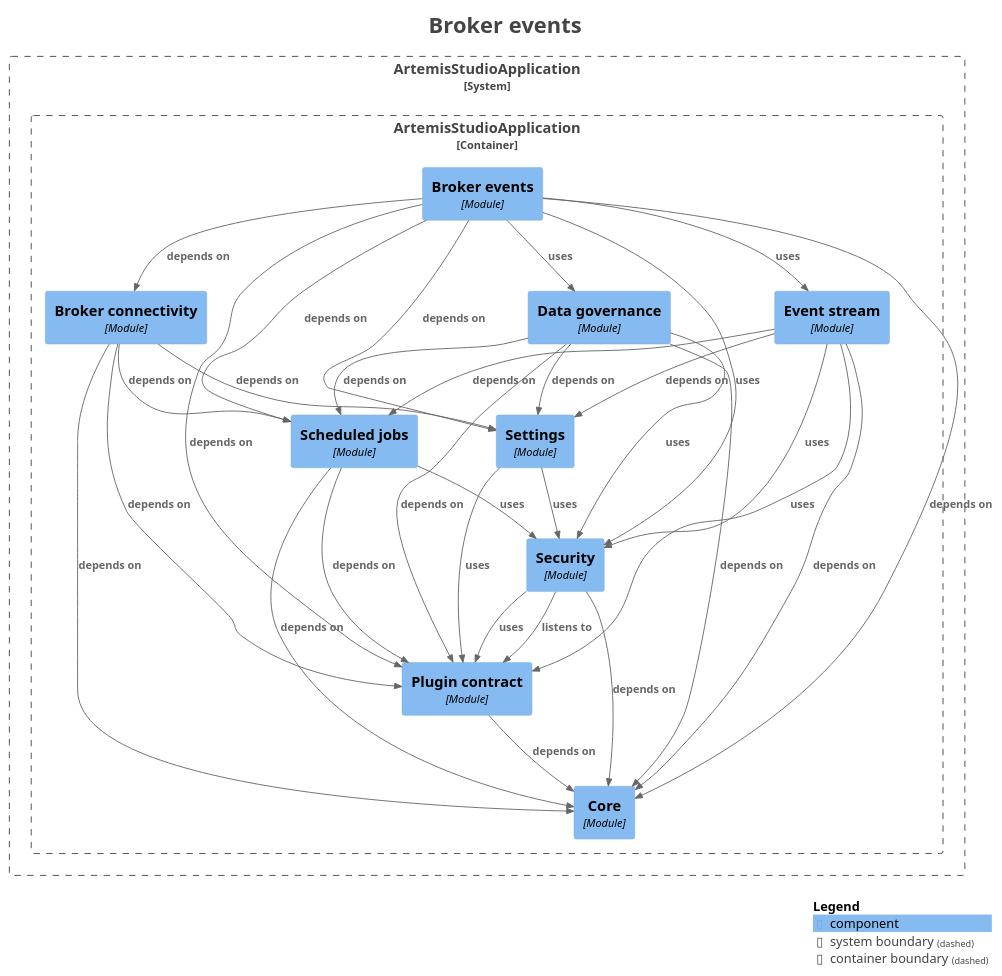
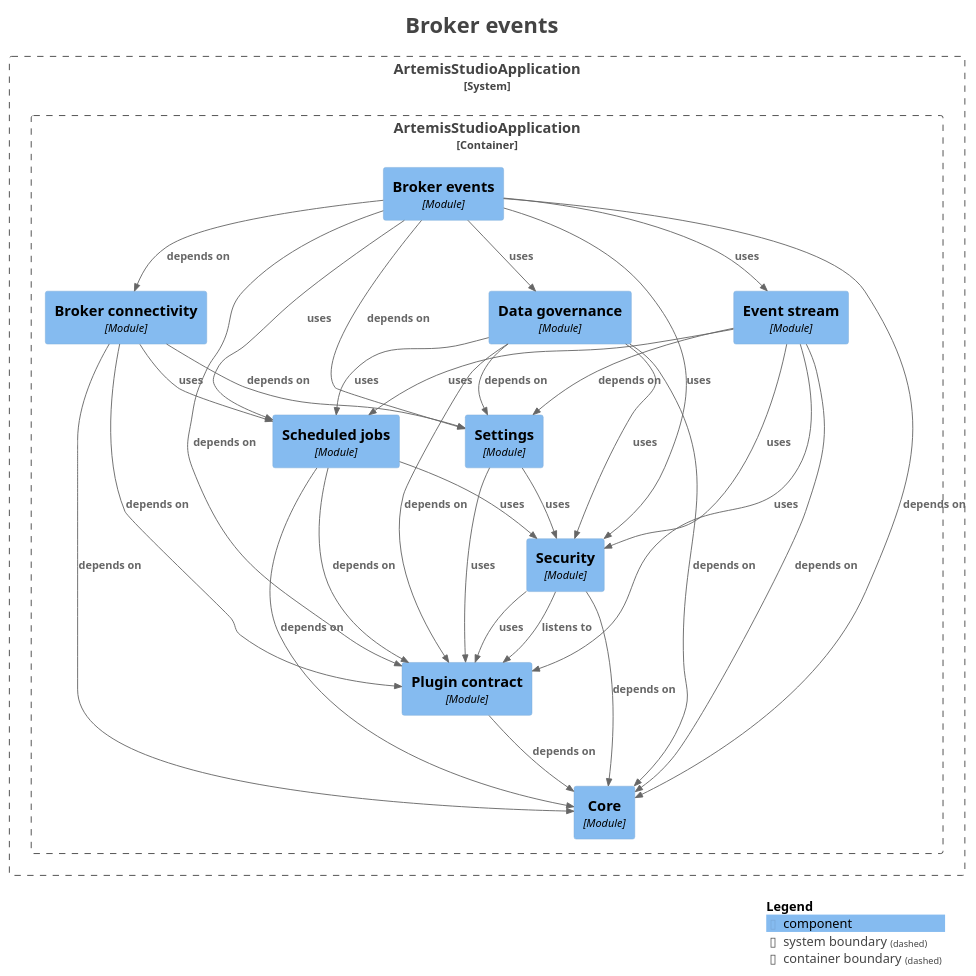
The diagram in docs/modules/module-feature.events.puml (sudoitir/artemis-studio), drawn with PlantUML before and after one commit. The commit also changed 59 other files, not shown here.

```diff
--- a/docs/modules/module-feature.events.puml
+++ b/docs/modules/module-feature.events.puml
@@ -1,67 +1,67 @@
 @startuml
 title <size:24>Broker events</size>
 
 set separator none
 top to bottom direction
 
 <style>
   root {
     BackgroundColor: #ffffff
     FontColor: #444444
   }
 </style>
 
 !include <C4/C4>
 !include <C4/C4_Context>
 !include <C4/C4_Component>
 
 System_Boundary("ArtemisStudioApplication_boundary", "ArtemisStudioApplication", $tags="") {
   Container_Boundary("ArtemisStudioApplication.ArtemisStudioApplication_boundary", "ArtemisStudioApplication", $tags="") {
     Component(ArtemisStudioApplication.ArtemisStudioApplication.Settings, "Settings", $techn="Module", $descr="", $tags="", $link="")
     Component(ArtemisStudioApplication.ArtemisStudioApplication.Eventstream, "Event stream", $techn="Module", $descr="", $tags="", $link="")
     Component(ArtemisStudioApplication.ArtemisStudioApplication.Brokerconnectivity, "Broker connectivity", $techn="Module", $descr="", $tags="", $link="")
     Component(ArtemisStudioApplication.ArtemisStudioApplication.Datagovernance, "Data governance", $techn="Module", $descr="", $tags="", $link="")
     Component(ArtemisStudioApplication.ArtemisStudioApplication.Brokerevents, "Broker events", $techn="Module", $descr="", $tags="", $link="")
     Component(ArtemisStudioApplication.ArtemisStudioApplication.Core, "Core", $techn="Module", $descr="", $tags="", $link="")
     Component(ArtemisStudioApplication.ArtemisStudioApplication.Plugincontract, "Plugin contract", $techn="Module", $descr="", $tags="", $link="")
     Component(ArtemisStudioApplication.ArtemisStudioApplication.Security, "Security", $techn="Module", $descr="", $tags="", $link="")
     Component(ArtemisStudioApplication.ArtemisStudioApplication.Scheduledjobs, "Scheduled jobs", $techn="Module", $descr="", $tags="", $link="")
   }
 
 }
 
 Rel(ArtemisStudioApplication.ArtemisStudioApplication.Brokerconnectivity, ArtemisStudioApplication.ArtemisStudioApplication.Core, "depends on", $techn="", $tags="", $link="")
 Rel(ArtemisStudioApplication.ArtemisStudioApplication.Brokerconnectivity, ArtemisStudioApplication.ArtemisStudioApplication.Plugincontract, "depends on", $techn="", $tags="", $link="")
-Rel(ArtemisStudioApplication.ArtemisStudioApplication.Brokerconnectivity, ArtemisStudioApplication.ArtemisStudioApplication.Scheduledjobs, "depends on", $techn="", $tags="", $link="")
+Rel(ArtemisStudioApplication.ArtemisStudioApplication.Brokerconnectivity, ArtemisStudioApplication.ArtemisStudioApplication.Scheduledjobs, "uses", $techn="", $tags="", $link="")
 Rel(ArtemisStudioApplication.ArtemisStudioApplication.Brokerconnectivity, ArtemisStudioApplication.ArtemisStudioApplication.Settings, "depends on", $techn="", $tags="", $link="")
 Rel(ArtemisStudioApplication.ArtemisStudioApplication.Brokerevents, ArtemisStudioApplication.ArtemisStudioApplication.Brokerconnectivity, "depends on", $techn="", $tags="", $link="")
 Rel(ArtemisStudioApplication.ArtemisStudioApplication.Brokerevents, ArtemisStudioApplication.ArtemisStudioApplication.Core, "depends on", $techn="", $tags="", $link="")
 Rel(ArtemisStudioApplication.ArtemisStudioApplication.Brokerevents, ArtemisStudioApplication.ArtemisStudioApplication.Datagovernance, "uses", $techn="", $tags="", $link="")
 Rel(ArtemisStudioApplication.ArtemisStudioApplication.Brokerevents, ArtemisStudioApplication.ArtemisStudioApplication.Eventstream, "uses", $techn="", $tags="", $link="")
 Rel(ArtemisStudioApplication.ArtemisStudioApplication.Brokerevents, ArtemisStudioApplication.ArtemisStudioApplication.Plugincontract, "depends on", $techn="", $tags="", $link="")
-Rel(ArtemisStudioApplication.ArtemisStudioApplication.Brokerevents, ArtemisStudioApplication.ArtemisStudioApplication.Scheduledjobs, "depends on", $techn="", $tags="", $link="")
+Rel(ArtemisStudioApplication.ArtemisStudioApplication.Brokerevents, ArtemisStudioApplication.ArtemisStudioApplication.Scheduledjobs, "uses", $techn="", $tags="", $link="")
 Rel(ArtemisStudioApplication.ArtemisStudioApplication.Brokerevents, ArtemisStudioApplication.ArtemisStudioApplication.Security, "uses", $techn="", $tags="", $link="")
 Rel(ArtemisStudioApplication.ArtemisStudioApplication.Brokerevents, ArtemisStudioApplication.ArtemisStudioApplication.Settings, "depends on", $techn="", $tags="", $link="")
 Rel(ArtemisStudioApplication.ArtemisStudioApplication.Datagovernance, ArtemisStudioApplication.ArtemisStudioApplication.Core, "depends on", $techn="", $tags="", $link="")
 Rel(ArtemisStudioApplication.ArtemisStudioApplication.Datagovernance, ArtemisStudioApplication.ArtemisStudioApplication.Plugincontract, "depends on", $techn="", $tags="", $link="")
-Rel(ArtemisStudioApplication.ArtemisStudioApplication.Datagovernance, ArtemisStudioApplication.ArtemisStudioApplication.Scheduledjobs, "depends on", $techn="", $tags="", $link="")
+Rel(ArtemisStudioApplication.ArtemisStudioApplication.Datagovernance, ArtemisStudioApplication.ArtemisStudioApplication.Scheduledjobs, "uses", $techn="", $tags="", $link="")
 Rel(ArtemisStudioApplication.ArtemisStudioApplication.Datagovernance, ArtemisStudioApplication.ArtemisStudioApplication.Security, "uses", $techn="", $tags="", $link="")
 Rel(ArtemisStudioApplication.ArtemisStudioApplication.Datagovernance, ArtemisStudioApplication.ArtemisStudioApplication.Settings, "depends on", $techn="", $tags="", $link="")
 Rel(ArtemisStudioApplication.ArtemisStudioApplication.Eventstream, ArtemisStudioApplication.ArtemisStudioApplication.Core, "depends on", $techn="", $tags="", $link="")
 Rel(ArtemisStudioApplication.ArtemisStudioApplication.Eventstream, ArtemisStudioApplication.ArtemisStudioApplication.Plugincontract, "uses", $techn="", $tags="", $link="")
-Rel(ArtemisStudioApplication.ArtemisStudioApplication.Eventstream, ArtemisStudioApplication.ArtemisStudioApplication.Scheduledjobs, "depends on", $techn="", $tags="", $link="")
+Rel(ArtemisStudioApplication.ArtemisStudioApplication.Eventstream, ArtemisStudioApplication.ArtemisStudioApplication.Scheduledjobs, "uses", $techn="", $tags="", $link="")
 Rel(ArtemisStudioApplication.ArtemisStudioApplication.Eventstream, ArtemisStudioApplication.ArtemisStudioApplication.Security, "uses", $techn="", $tags="", $link="")
 Rel(ArtemisStudioApplication.ArtemisStudioApplication.Eventstream, ArtemisStudioApplication.ArtemisStudioApplication.Settings, "depends on", $techn="", $tags="", $link="")
 Rel(ArtemisStudioApplication.ArtemisStudioApplication.Plugincontract, ArtemisStudioApplication.ArtemisStudioApplication.Core, "depends on", $techn="", $tags="", $link="")
 Rel(ArtemisStudioApplication.ArtemisStudioApplication.Scheduledjobs, ArtemisStudioApplication.ArtemisStudioApplication.Core, "depends on", $techn="", $tags="", $link="")
 Rel(ArtemisStudioApplication.ArtemisStudioApplication.Scheduledjobs, ArtemisStudioApplication.ArtemisStudioApplication.Plugincontract, "depends on", $techn="", $tags="", $link="")
 Rel(ArtemisStudioApplication.ArtemisStudioApplication.Scheduledjobs, ArtemisStudioApplication.ArtemisStudioApplication.Security, "uses", $techn="", $tags="", $link="")
 Rel(ArtemisStudioApplication.ArtemisStudioApplication.Security, ArtemisStudioApplication.ArtemisStudioApplication.Core, "depends on", $techn="", $tags="", $link="")
 Rel(ArtemisStudioApplication.ArtemisStudioApplication.Security, ArtemisStudioApplication.ArtemisStudioApplication.Plugincontract, "listens to", $techn="", $tags="", $link="")
 Rel(ArtemisStudioApplication.ArtemisStudioApplication.Security, ArtemisStudioApplication.ArtemisStudioApplication.Plugincontract, "uses", $techn="", $tags="", $link="")
 Rel(ArtemisStudioApplication.ArtemisStudioApplication.Settings, ArtemisStudioApplication.ArtemisStudioApplication.Plugincontract, "uses", $techn="", $tags="", $link="")
 Rel(ArtemisStudioApplication.ArtemisStudioApplication.Settings, ArtemisStudioApplication.ArtemisStudioApplication.Security, "uses", $techn="", $tags="", $link="")
 
 SHOW_LEGEND(true)
 hide stereotypes
 @enduml
```
